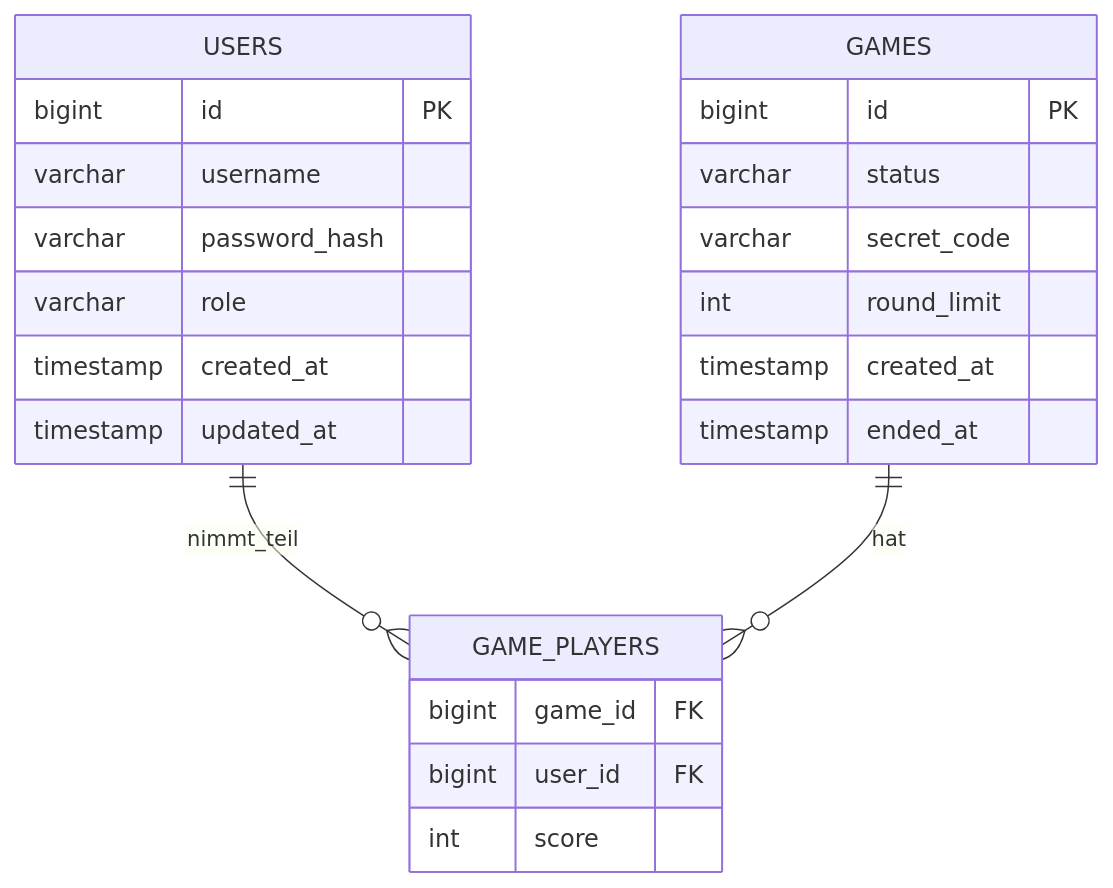
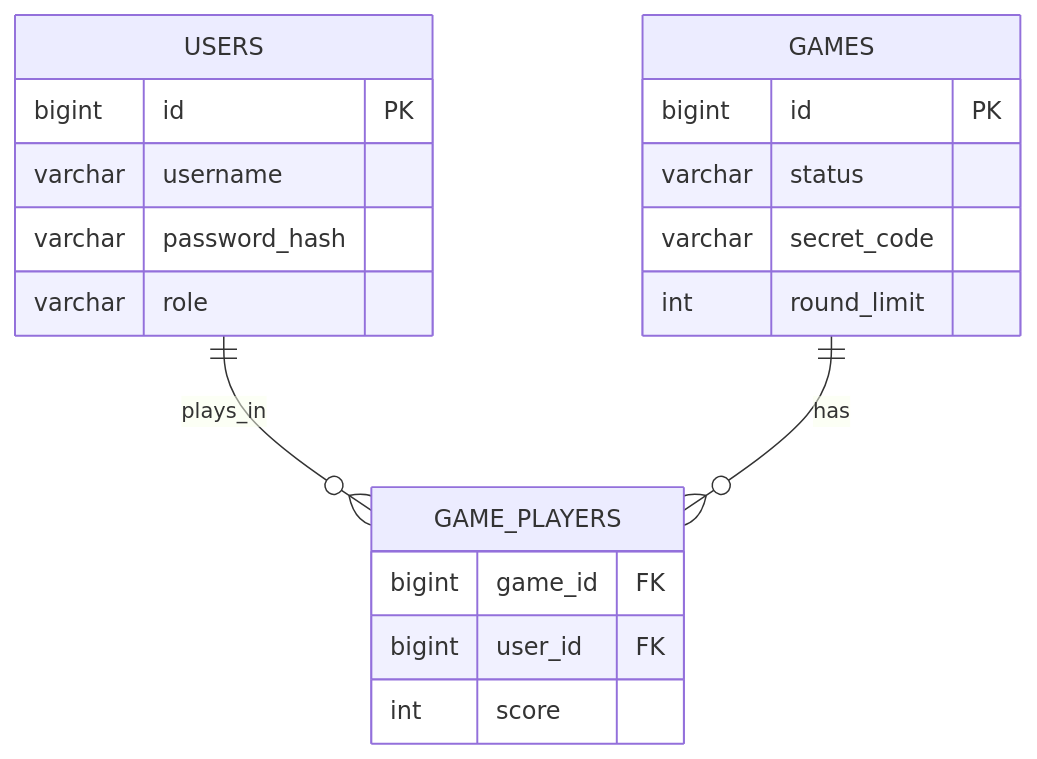
One commit to BenniLan/codecracker changed the diagram in README.md. Above: the diagram before and after it, drawn with Mermaid. The commit also changed other lines of this file and 1 other file, not shown here.

````diff
--- a/README.md
+++ b/README.md
@@ -93,27 +42,22 @@
 ```mermaid
 erDiagram
-  USERS ||--o{ GAME_PLAYERS : nimmt_teil
-  GAMES ||--o{ GAME_PLAYERS : hat
+  USERS ||--o{ GAME_PLAYERS : plays_in
+  GAMES ||--o{ GAME_PLAYERS : has
   USERS {
     bigint id PK
     varchar username
     varchar password_hash
     varchar role
-    timestamp created_at
-    timestamp updated_at
   }
   GAMES {
     bigint id PK
     varchar status
     varchar secret_code
     int round_limit
-    timestamp created_at
-    timestamp ended_at
   }
   GAME_PLAYERS {
     bigint game_id FK
     bigint user_id FK
     int score
   }
-
 ```
````
